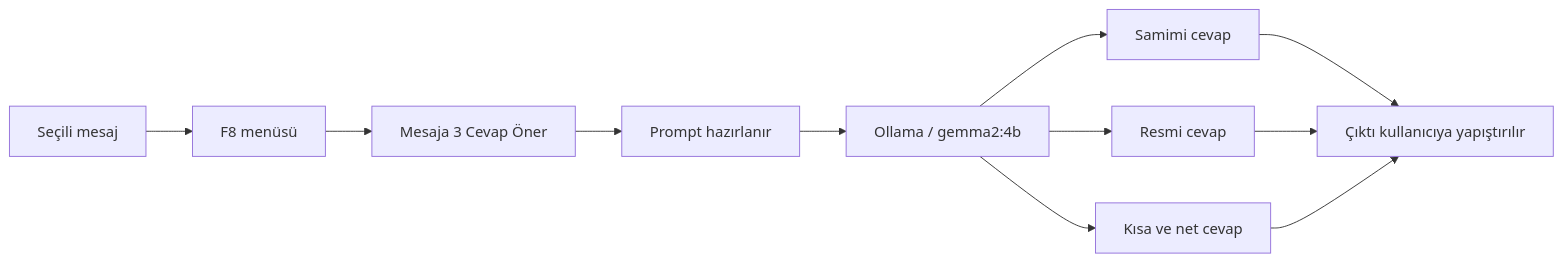
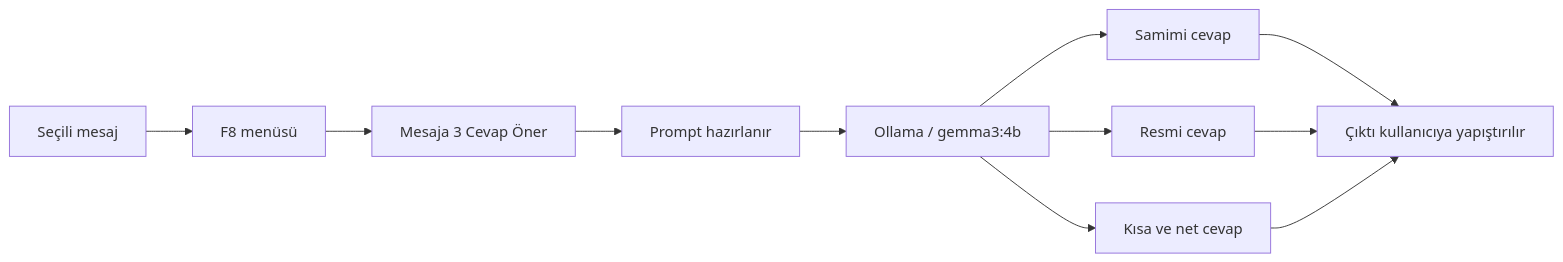
The second of 2 diagrams in README.md (ceylansteyle/Introduction-to-Data-Visualization-Project-Assignment), drawn with Mermaid before and after one commit. The commit also changed other lines of this file, not shown here.

````diff
--- a/README.md
+++ b/README.md
@@ -145,13 +145,13 @@
 ```mermaid
 flowchart LR
     A[Seçili mesaj] --> B[F8 menüsü]
     B --> C[Mesaja 3 Cevap Öner]
     C --> D[Prompt hazırlanır]
-    D --> E[Ollama / gemma2:4b]
+    D --> E[Ollama / gemma3:4b]
     E --> F[Samimi cevap]
     E --> G[Resmi cevap]
     E --> H[Kısa ve net cevap]
     F --> I[Çıktı kullanıcıya yapıştırılır]
     G --> I
     H --> I
 ```
````
